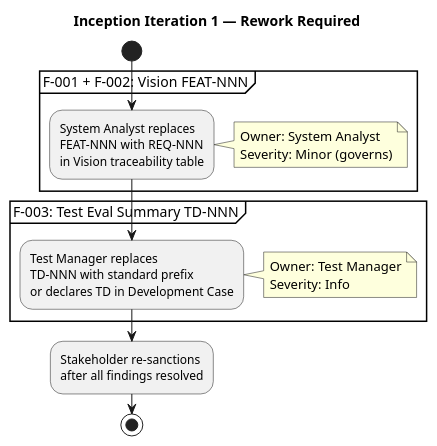
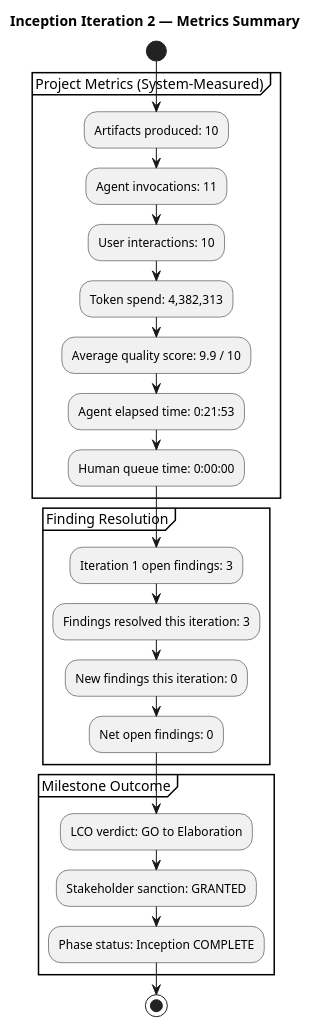
Before and after one commit to banense-test/portal-cuba-corp: the third of 3 diagrams in docs/artifacts/project-management/iteration-assessment.md, drawn with PlantUML. The commit also changed other lines of this file, not shown here.

First line of the commit message:
Project Manager [I2]: upsert Iteration Assessment

````diff
--- a/docs/artifacts/project-management/iteration-assessment.md
+++ b/docs/artifacts/project-management/iteration-assessment.md
@@ -166,26 +202,32 @@
 ```plantuml
 @startuml
-title Inception Iteration 1 — Rework Required
+title Inception Iteration 2 — Metrics Summary
 
 start
 
-partition "F-001 + F-002: Vision FEAT-NNN" {
-  :System Analyst replaces
-  FEAT-NNN with REQ-NNN
-  in Vision traceability table;
-  note right: Owner: System Analyst\nSeverity: Minor (governs)
+partition "Project Metrics (System-Measured)" {
+  :Artifacts produced: 10;
+  :Agent invocations: 11;
+  :User interactions: 10;
+  :Token spend: 4,382,313;
+  :Average quality score: 9.9 / 10;
+  :Agent elapsed time: 0:21:53;
+  :Human queue time: 0:00:00;
 }
 
-partition "F-003: Test Eval Summary TD-NNN" {
-  :Test Manager replaces
-  TD-NNN with standard prefix
-  or declares TD in Development Case;
-  note right: Owner: Test Manager\nSeverity: Info
+partition "Finding Resolution" {
+  :Iteration 1 open findings: 3;
+  :Findings resolved this iteration: 3;
+  :New findings this iteration: 0;
+  :Net open findings: 0;
 }
 
-:Stakeholder re-sanctions
-after all findings resolved;
+partition "Milestone Outcome" {
+  :LCO verdict: GO to Elaboration;
+  :Stakeholder sanction: GRANTED;
+  :Phase status: Inception COMPLETE;
+}
 
 stop
 @enduml
 ```
````
